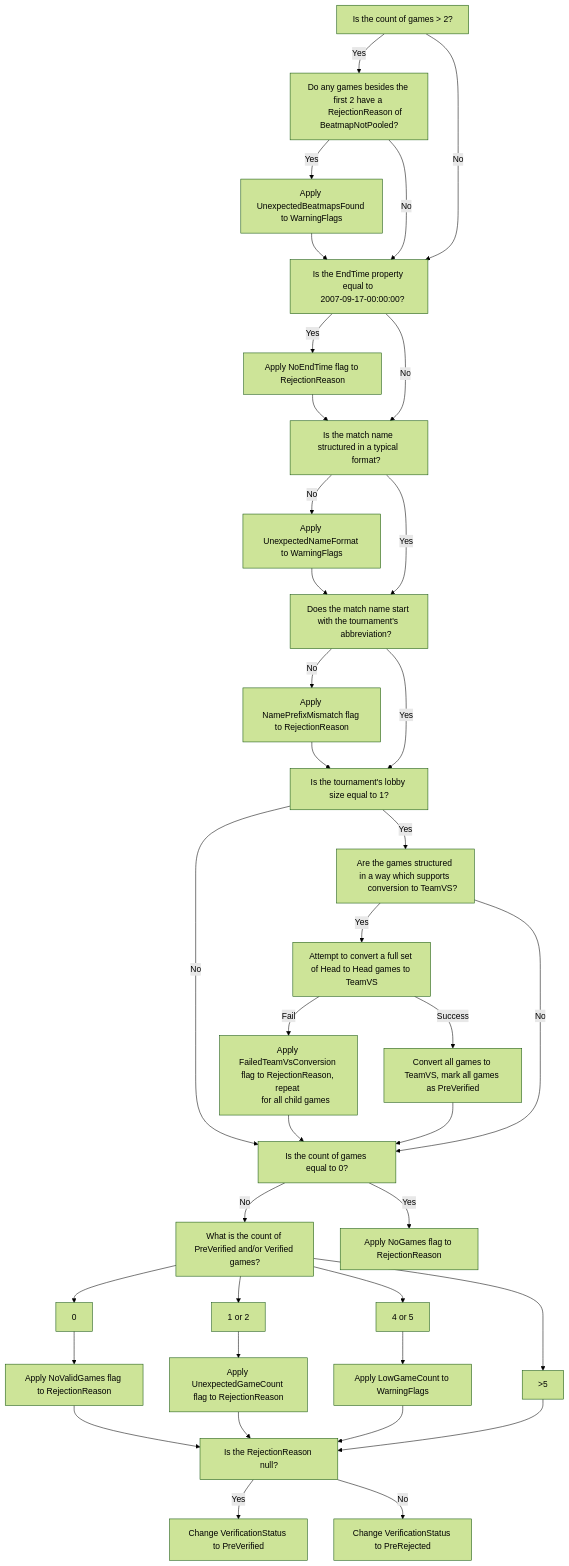
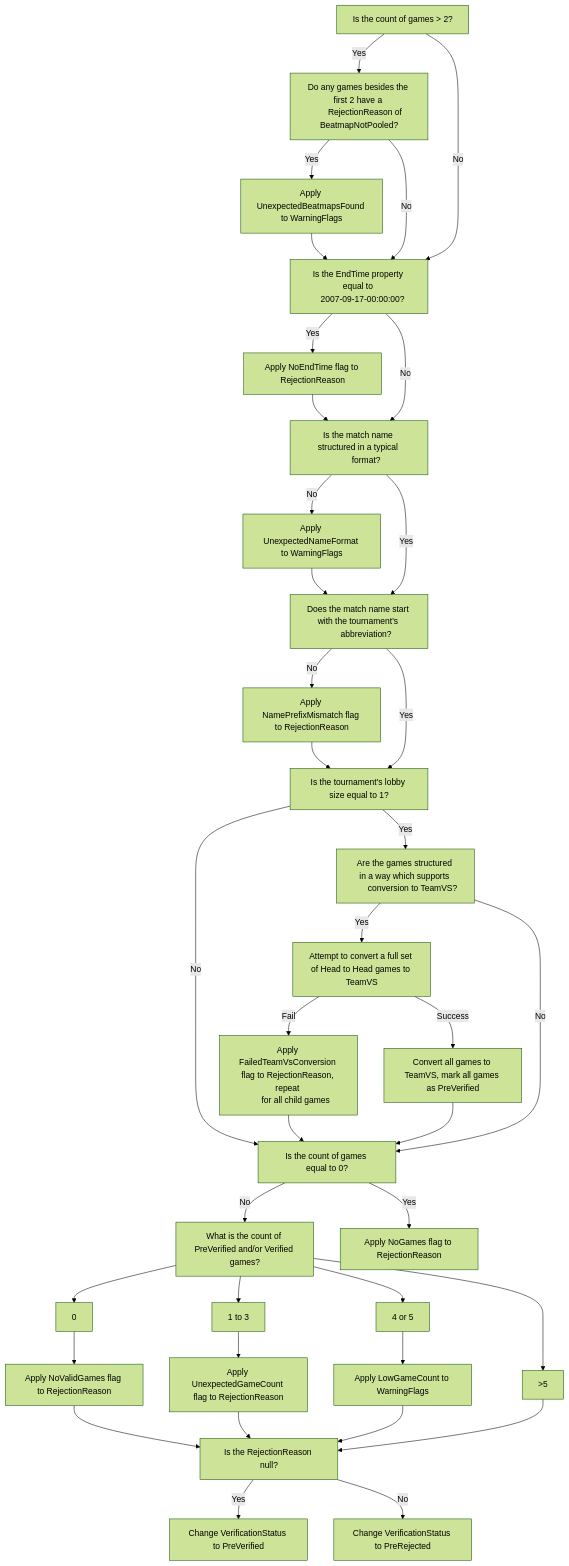
Before and after one commit to osu-tournament-rating/otr-docs: the third of 5 diagrams in docs/topics/Automated-Checks.md, drawn with Mermaid (forest theme). The commit also changed other lines of this file, not shown here.

Commit message:
minor fixes

````diff
--- a/docs/topics/Automated-Checks.md
+++ b/docs/topics/Automated-Checks.md
@@ -91,68 +91,68 @@
 ```Mermaid
 flowchart TD;
    A[Is the count of games > 2?]
    B[Do any games besides the first 2 have a 
       RejectionReason of BeatmapNotPooled?]
    C[Apply UnexpectedBeatmapsFound to WarningFlags]
    D[Is the EndTime property equal to 
    2007-09-17-00:00:00?]
    E[Apply NoEndTime flag to RejectionReason]
    H[Is the match name structured in a typical 
       format?]
    I[Apply UnexpectedNameFormat to WarningFlags]
    J[Does the match name start with the tournament's 
       abbreviation?]
    K[Apply NamePrefixMismatch flag to RejectionReason]
    L[Is the tournament's lobby size equal to 1?]
    M[Are the games structured in a way which supports 
       conversion to TeamVS?]
    N[Attempt to convert a full set of Head to Head games to TeamVS]
    O[Apply FailedTeamVsConversion flag to RejectionReason, repeat 
       for all child games]
    P[Convert all games to TeamVS, mark all games as PreVerified]
    
    F[Is the count of games equal to 0?]
    G[Apply NoGames flag to RejectionReason]
    Q[What is the count of PreVerified and/or Verified games?]
    Q1[0]
-   Q2[1 or 2]
+   Q2[1 to 3]
    Q3[4 or 5]
    Q4[&gt;5]
    Q_A[Apply NoValidGames flag to RejectionReason]
    Q_B[Apply UnexpectedGameCount flag to RejectionReason]
    Q_C[Apply LowGameCount to WarningFlags]
    
    PreTerm[Is the RejectionReason null?]
    TermPositive[Change VerificationStatus to PreVerified]
    TermNegative[Change VerificationStatus to PreRejected]
    
    A -- Yes --> B
    B -- Yes --> C --> D
    A -- No --> D
    B -- No --> D
    D -- Yes --> E --> H
    D -- No --> H
    
    H -- No --> I --> J
    H -- Yes --> J
    J -- No --> K --> L
    J -- Yes --> L
    L -- No --> F
    L -- Yes --> M
    M -- Yes --> N
    M -- No --> F
    N -- Fail --> O --> F
    N -- Success --> P --> F
    F -- No --> Q
    F -- Yes --> G
    Q --> Q1
    Q --> Q2
    Q --> Q3
    Q --> Q4
    Q1 --> Q_A --> PreTerm
    Q2 --> Q_B --> PreTerm
    Q3 --> Q_C --> PreTerm
    Q4 --> PreTerm
    PreTerm -- Yes --> TermPositive
    PreTerm -- No --> TermNegative
 ```
````
